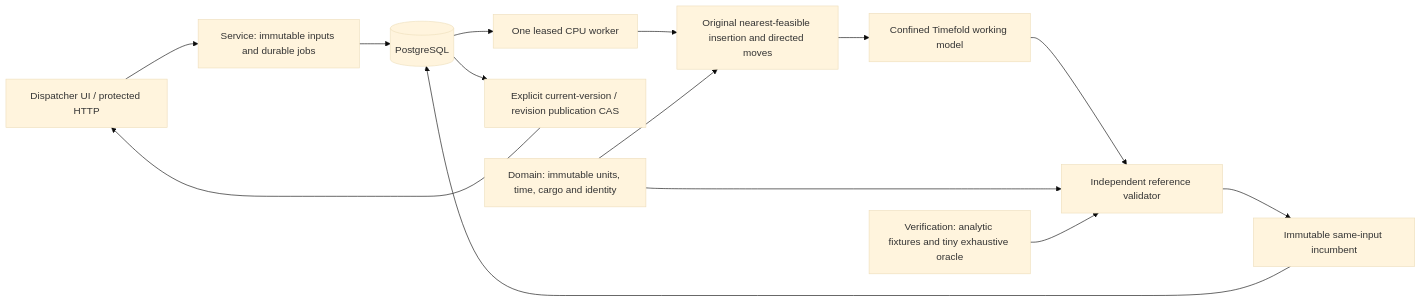
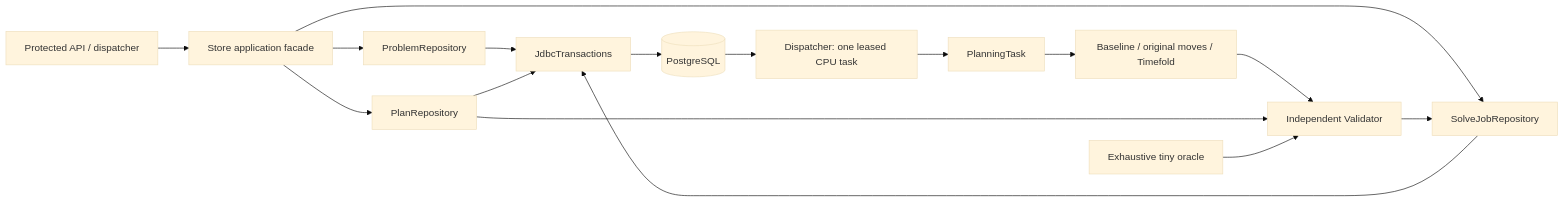
Before and after one commit to cheshmakzanoon-ops/Java-portfolio: the first of 3 diagrams in projects/10-routeweaver/docs/ARCHITECTURE.md, drawn with Mermaid (base theme). The commit also changed other lines of this file and 58 other files, not shown here.

Commit message:
refactor(routeweaver): isolate durable planning and clarify dispatch decisions

````diff
--- a/projects/10-routeweaver/docs/ARCHITECTURE.md
+++ b/projects/10-routeweaver/docs/ARCHITECTURE.md
@@ -6,16 +14,18 @@
 ```mermaid
 flowchart LR
-  UI[Dispatcher UI / protected HTTP] --> S[Service: immutable inputs and durable jobs]
-  S --> DB[(PostgreSQL)]
-  DB --> W[One leased CPU worker]
-  W --> B[Original nearest-feasible insertion and directed moves]
-  B --> T[Confined Timefold working model]
-  T --> V[Independent reference validator]
-  V --> I[Immutable same-input incumbent]
-  I --> DB
-  DB --> CAS[Explicit current-version / revision publication CAS]
-  CAS --> UI
-  D[Domain: immutable units, time, cargo and identity] --> B
-  D --> V
-  O[Verification: analytic fixtures and tiny exhaustive oracle] --> V
+  HTTP[Protected API / dispatcher] --> Store[Store application facade]
+  Store --> Inputs[ProblemRepository]
+  Store --> Jobs[SolveJobRepository]
+  Store --> Plans[PlanRepository]
+  Inputs --> Tx[JdbcTransactions]
+  Jobs --> Tx
+  Plans --> Tx
+  Tx --> DB[(PostgreSQL)]
+  DB --> Dispatcher[Dispatcher: one leased CPU task]
+  Dispatcher --> Task[PlanningTask]
+  Task --> Search[Baseline / original moves / Timefold]
+  Search --> Validator[Independent Validator]
+  Validator --> Jobs
+  Plans --> Validator
+  Oracle[Exhaustive tiny oracle] --> Validator
 ```
````
